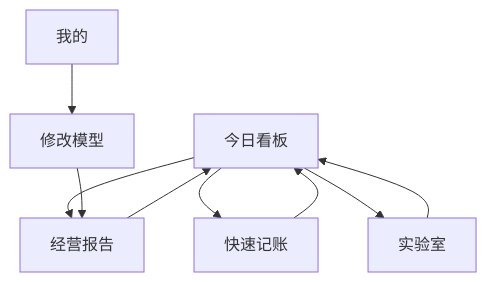
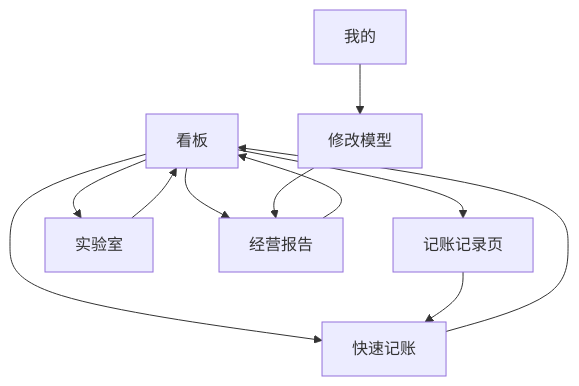
Before and after one commit to saopao/mini: the second of 2 diagrams in docs/04-information-architecture.md, drawn with Mermaid. The commit also changed other lines of this file and 31 other files, not shown here.

````diff
--- a/docs/04-information-architecture.md
+++ b/docs/04-information-architecture.md
@@ -64,11 +67,13 @@
 ```mermaid
 flowchart TD
-    A[今日看板] --> B[快速记账]
+    A[看板] --> B[快速记账]
     B --> A
-    A --> C[实验室]
-    C --> A
-    A --> D[经营报告]
+    A --> C[记账记录页]
+    C --> B
+    A --> D[实验室]
     D --> A
-    E[我的] --> F[修改模型]
-    F --> D
+    A --> E[经营报告]
+    E --> A
+    F[我的] --> G[修改模型]
+    G --> E
 ```
````
